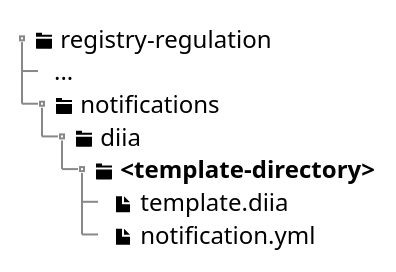
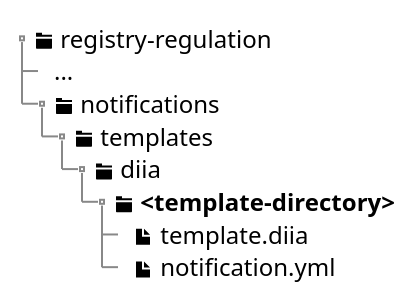
One commit to epam/edp-ddm-architecture changed the diagram in modules/tech/partials/lowcode/notifications/diia/diia-notification-structure.puml. Above: the diagram before and after it, drawn with PlantUML. The commit also changed 3 other files, not shown here.

```diff
--- a/modules/tech/partials/lowcode/notifications/diia/diia-notification-structure.puml
+++ b/modules/tech/partials/lowcode/notifications/diia/diia-notification-structure.puml
@@ -1,13 +1,14 @@
 @startsalt
 {
 {T
 + <&folder> registry-regulation
 ++ ...
 ++ <&folder> notifications
-+++ <&folder> diia
-++++ <&folder> <b><template-directory></b>
-+++++ <&file> template.diia
-+++++ <&file> notification.yml
++++ <&folder> templates
+++++ <&folder> diia
++++++ <&folder> <b><template-directory></b>
+++++++ <&file> template.diia
+++++++ <&file> notification.yml
 }
 }
 @endsalt
```
